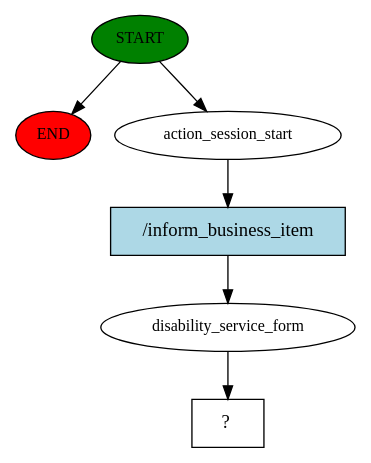
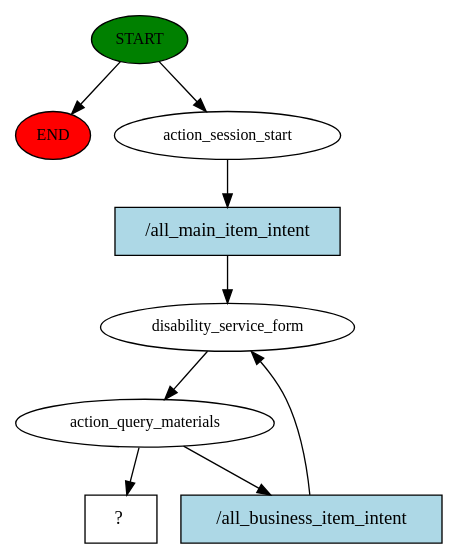
Before and after one commit to hanbi919/ai-project: the diagram in story_graph.dot, drawn with Graphviz. The commit also changed 6 other files, not shown here.

Commit message:
finished change main_item

```diff
--- a/story_graph.dot
+++ b/story_graph.dot
@@ -1,13 +1,18 @@
 digraph  {
 0 [class="start active", fillcolor=green, fontsize=12, label=START, style=filled];
 "-1" [class=end, fillcolor=red, fontsize=12, label=END, style=filled];
 1 [class=active, fontsize=12, label=action_session_start];
 2 [class=active, fontsize=12, label=disability_service_form];
-3 [class="intent dashed active", label="  ?  ", shape=rect];
-4 [class="intent active", fillcolor=lightblue, label="/inform_business_item", shape=rect, style=filled];
+3 [class=active, fontsize=12, label=action_query_materials];
+8 [class="intent dashed active", label="  ?  ", shape=rect];
+9 [class="intent active", fillcolor=lightblue, label="/all_main_item_intent", shape=rect, style=filled];
+10 [class="intent active", fillcolor=lightblue, label="/all_business_item_intent", shape=rect, style=filled];
 0 -> "-1"  [class="", key=NONE, label=""];
 0 -> 1  [class=active, key=NONE, label=""];
-1 -> 4  [class=active, key=0];
+1 -> 9  [class=active, key=0];
 2 -> 3  [class=active, key=NONE, label=""];
-4 -> 2  [class=active, key=0];
+3 -> 8  [class=active, key=NONE, label=""];
+3 -> 10  [class=active, key=0];
+9 -> 2  [class=active, key=0];
+10 -> 2  [class=active, key=0];
 }
```
